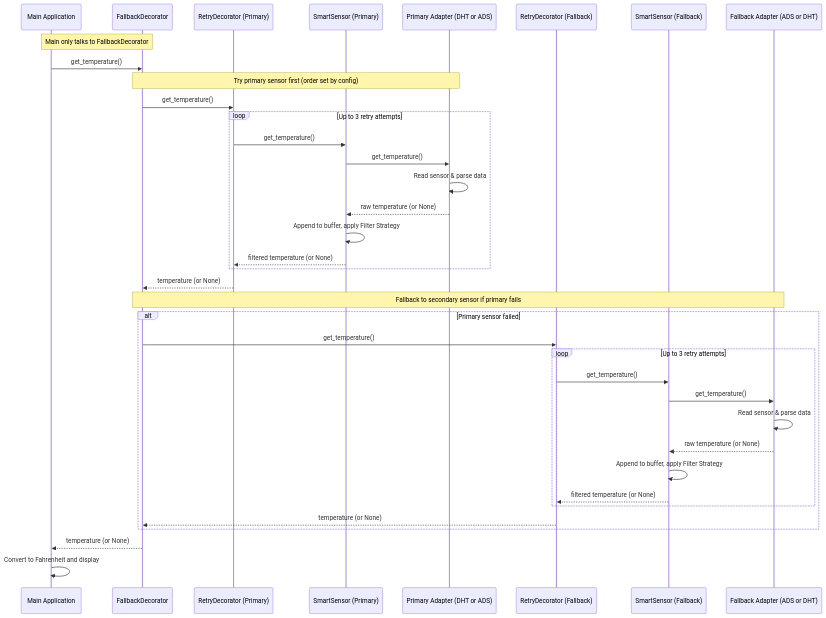
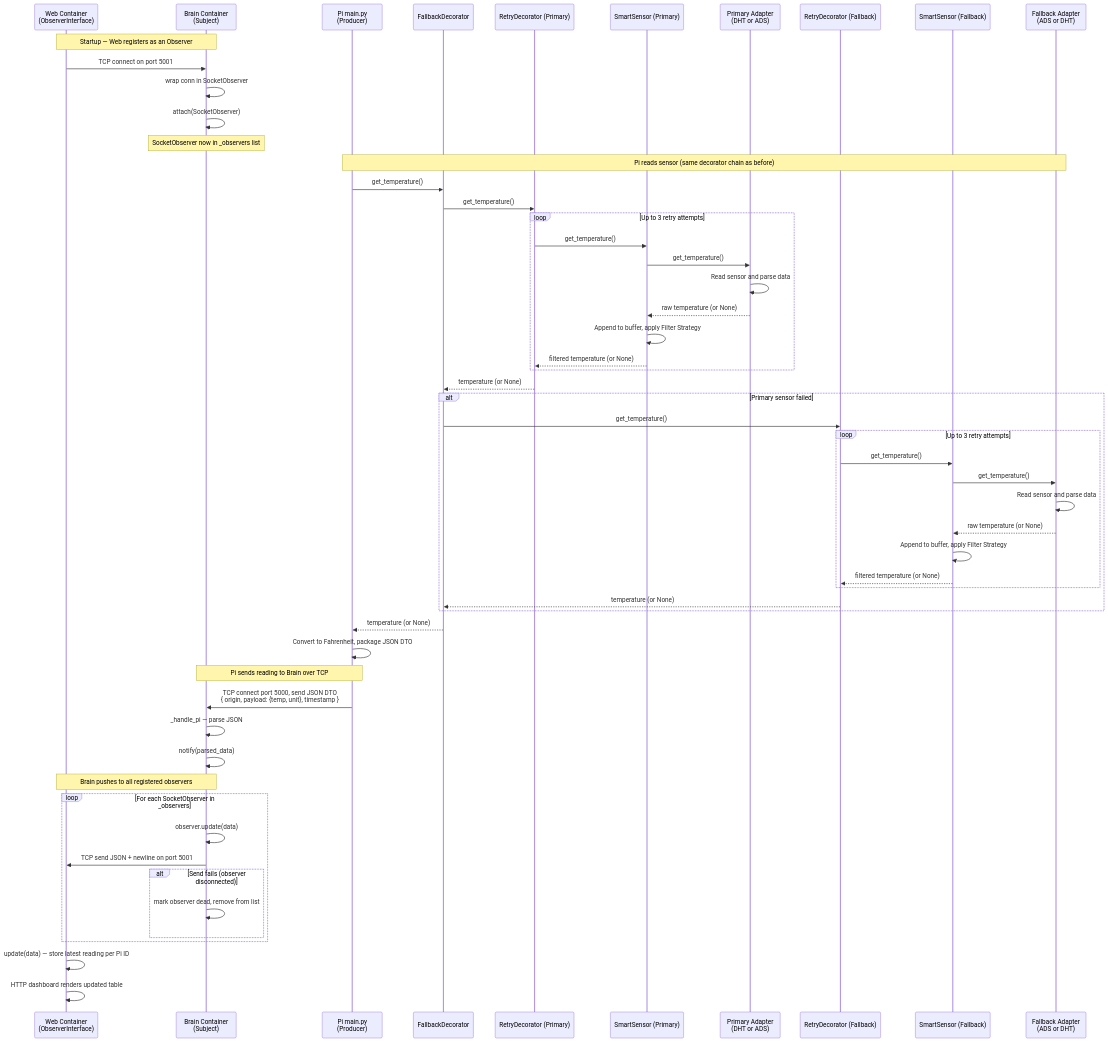
Before and after one commit to ethanDavison/427-P1-Adapter: the diagram in Diagrams/sequenceDiagram.md, drawn with Mermaid. The commit also changed 15 other files, not shown here.

Commit message:
README for docker compelted & diagrams

````diff
--- a/Diagrams/sequenceDiagram.md
+++ b/Diagrams/sequenceDiagram.md
@@ -1,48 +1,73 @@
 ```mermaid
 sequenceDiagram
-    participant Main as Main Application
-    participant FallbackDecorator as FallbackDecorator
+    participant Web as Web Container<br/>(ObserverInterface)
+    participant Brain as Brain Container<br/>(Subject)
+    participant Main as Pi main.py<br/>(Producer)
+    participant FD as FallbackDecorator
     participant RetryA as RetryDecorator (Primary)
     participant SmartA as SmartSensor (Primary)
-    participant PrimaryAdapter as Primary Adapter (DHT or ADS)
+    participant PrimaryAdapter as Primary Adapter<br/>(DHT or ADS)
     participant RetryB as RetryDecorator (Fallback)
     participant SmartB as SmartSensor (Fallback)
-    participant FallbackAdapter as Fallback Adapter (ADS or DHT)
+    participant FallbackAdapter as Fallback Adapter<br/>(ADS or DHT)
 
-    Note over Main,FallbackDecorator: Main only talks to FallbackDecorator
-    Main->>FallbackDecorator: get_temperature()
+    Note over Web,Brain: Startup — Web registers as an Observer
 
-    Note over FallbackDecorator,PrimaryAdapter: Try primary sensor first (order set by config)
-    FallbackDecorator->>RetryA: get_temperature()
+    Web->>Brain: TCP connect on port 5001
+    Brain->>Brain: wrap conn in SocketObserver
+    Brain->>Brain: attach(SocketObserver)
+    Note over Brain: SocketObserver now in _observers list
+
+    Note over Main,FallbackAdapter: Pi reads sensor (same decorator chain as before)
+
+    Main->>FD: get_temperature()
+    FD->>RetryA: get_temperature()
 
     loop Up to 3 retry attempts
         RetryA->>SmartA: get_temperature()
         SmartA->>PrimaryAdapter: get_temperature()
-        PrimaryAdapter->>PrimaryAdapter: Read sensor & parse data
+        PrimaryAdapter->>PrimaryAdapter: Read sensor and parse data
         PrimaryAdapter-->>SmartA: raw temperature (or None)
         SmartA->>SmartA: Append to buffer, apply Filter Strategy
         SmartA-->>RetryA: filtered temperature (or None)
     end
 
-    RetryA-->>FallbackDecorator: temperature (or None)
+    RetryA-->>FD: temperature (or None)
 
-    Note over FallbackDecorator,FallbackAdapter: Fallback to secondary sensor if primary fails
     alt Primary sensor failed
-        FallbackDecorator->>RetryB: get_temperature()
+        FD->>RetryB: get_temperature()
 
         loop Up to 3 retry attempts
             RetryB->>SmartB: get_temperature()
             SmartB->>FallbackAdapter: get_temperature()
-            FallbackAdapter->>FallbackAdapter: Read sensor & parse data
+            FallbackAdapter->>FallbackAdapter: Read sensor and parse data
             FallbackAdapter-->>SmartB: raw temperature (or None)
             SmartB->>SmartB: Append to buffer, apply Filter Strategy
             SmartB-->>RetryB: filtered temperature (or None)
         end
 
-        RetryB-->>FallbackDecorator: temperature (or None)
+        RetryB-->>FD: temperature (or None)
     end
 
-    FallbackDecorator-->>Main: temperature (or None)
+    FD-->>Main: temperature (or None)
+    Main->>Main: Convert to Fahrenheit, package JSON DTO
 
-    Main->>Main: Convert to Fahrenheit and display
+    Note over Main,Brain: Pi sends reading to Brain over TCP
+
+    Main->>Brain: TCP connect port 5000, send JSON DTO<br/>{ origin, payload: {temp, unit}, timestamp }
+    Brain->>Brain: _handle_pi — parse JSON
+    Brain->>Brain: notify(parsed_data)
+
+    Note over Brain,Web: Brain pushes to all registered observers
+
+    loop For each SocketObserver in _observers
+        Brain->>Brain: observer.update(data)
+        Brain->>Web: TCP send JSON + newline on port 5001
+        alt Send fails (observer disconnected)
+            Brain->>Brain: mark observer dead, remove from list
+        end
+    end
+
+    Web->>Web: update(data) — store latest reading per Pi ID
+    Web->>Web: HTTP dashboard renders updated table
 ```
````
